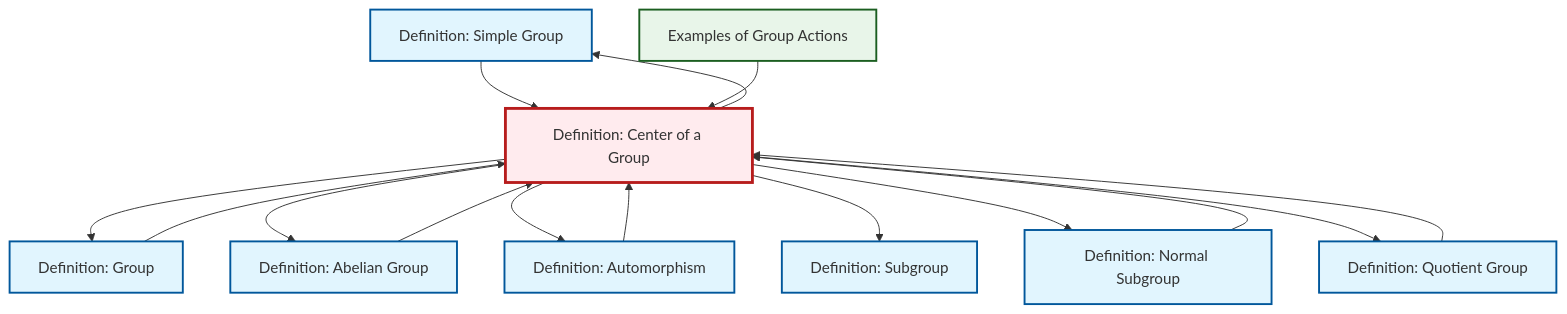
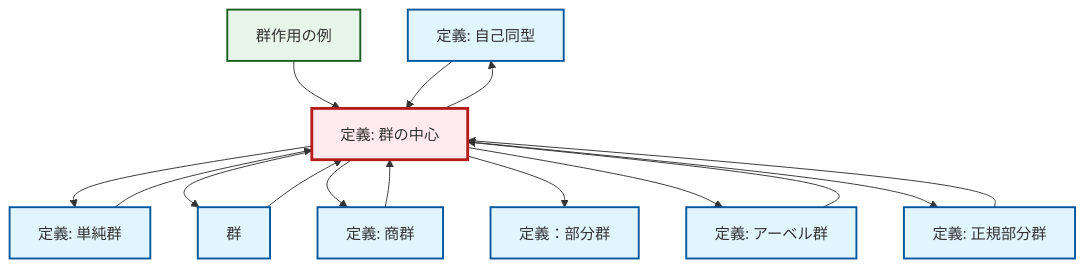
Before and after one commit to RK0429/ModernMath: the diagram in content/ja/algebra/def-center-of-group.qmd, drawn with Mermaid. The commit also changed 1069 other files, not shown here.

````diff
--- a/content/ja/algebra/def-center-of-group.qmd
+++ b/content/ja/algebra/def-center-of-group.qmd
@@ -112,41 +112,41 @@
 ```{mermaid}
 %%| fig-cap: "Local dependency graph"
 graph TD
     classDef definition fill:#e1f5fe,stroke:#01579b,stroke-width:2px
     classDef theorem fill:#f3e5f5,stroke:#4a148c,stroke-width:2px
     classDef axiom fill:#fff3e0,stroke:#e65100,stroke-width:2px
     classDef example fill:#e8f5e9,stroke:#1b5e20,stroke-width:2px
     classDef current fill:#ffebee,stroke:#b71c1c,stroke-width:3px
-    def-simple-group["Definition: Simple Group"]:::definition
-    def-center-of-group["Definition: Center of a Group"]:::definition
-    def-group["Definition: Group"]:::definition
-    def-quotient-group["Definition: Quotient Group"]:::definition
-    def-subgroup["Definition: Subgroup"]:::definition
-    ex-group-action-examples["Examples of Group Actions"]:::example
-    def-normal-subgroup["Definition: Normal Subgroup"]:::definition
-    def-abelian-group["Definition: Abelian Group"]:::definition
-    def-automorphism["Definition: Automorphism"]:::definition
+    def-automorphism["定義: 自己同型"]:::definition
+    def-normal-subgroup["定義: 正規部分群"]:::definition
+    def-subgroup["定義：部分群"]:::definition
+    ex-group-action-examples["群作用の例"]:::example
+    def-quotient-group["定義: 商群"]:::definition
+    def-abelian-group["定義: アーベル群"]:::definition
+    def-center-of-group["定義: 群の中心"]:::definition
+    def-simple-group["定義: 単純群"]:::definition
+    def-group["群"]:::definition
+    def-center-of-group --> def-simple-group
+    ex-group-action-examples --> def-center-of-group
     def-center-of-group --> def-group
+    def-center-of-group --> def-quotient-group
+    def-center-of-group --> def-subgroup
+    def-center-of-group --> def-automorphism
+    def-center-of-group --> def-abelian-group
     def-abelian-group --> def-center-of-group
-    def-center-of-group --> def-simple-group
+    def-normal-subgroup --> def-center-of-group
+    def-group --> def-center-of-group
+    def-center-of-group --> def-normal-subgroup
+    def-automorphism --> def-center-of-group
+    def-quotient-group --> def-center-of-group
     def-simple-group --> def-center-of-group
-    def-center-of-group --> def-abelian-group
-    def-quotient-group --> def-center-of-group
-    def-group --> def-center-of-group
-    def-automorphism --> def-center-of-group
-    def-normal-subgroup --> def-center-of-group
-    def-center-of-group --> def-automorphism
-    def-center-of-group --> def-subgroup
-    ex-group-action-examples --> def-center-of-group
-    def-center-of-group --> def-normal-subgroup
-    def-center-of-group --> def-quotient-group
     class def-center-of-group current
-    click def-simple-group "def-simple-group.html" "Definition: Simple Groupへ"
-    click def-group "def-group.html" "Definition: Groupへ"
-    click def-quotient-group "def-quotient-group.html" "Definition: Quotient Groupへ"
-    click def-subgroup "def-subgroup.html" "Definition: Subgroupへ"
-    click ex-group-action-examples "ex-group-action-examples.html" "Examples of Group Actionsへ"
-    click def-normal-subgroup "def-normal-subgroup.html" "Definition: Normal Subgroupへ"
-    click def-abelian-group "def-abelian-group.html" "Definition: Abelian Groupへ"
-    click def-automorphism "def-automorphism.html" "Definition: Automorphismへ"
+    click def-automorphism "def-automorphism.html" "自己同型の定義へ"
+    click def-normal-subgroup "def-normal-subgroup.html" "正規部分群の定義へ"
+    click def-subgroup "def-subgroup.html" "定義：部分群へ"
+    click ex-group-action-examples "ex-group-action-examples.html" "群作用の例へ"
+    click def-quotient-group "def-quotient-group.html" "商群の定義へ"
+    click def-abelian-group "def-abelian-group.html" "アーベル群の定義へ"
+    click def-simple-group "def-simple-group.html" "単純群の定義へ"
+    click def-group "def-group.html" "群へ"
 ```
````
